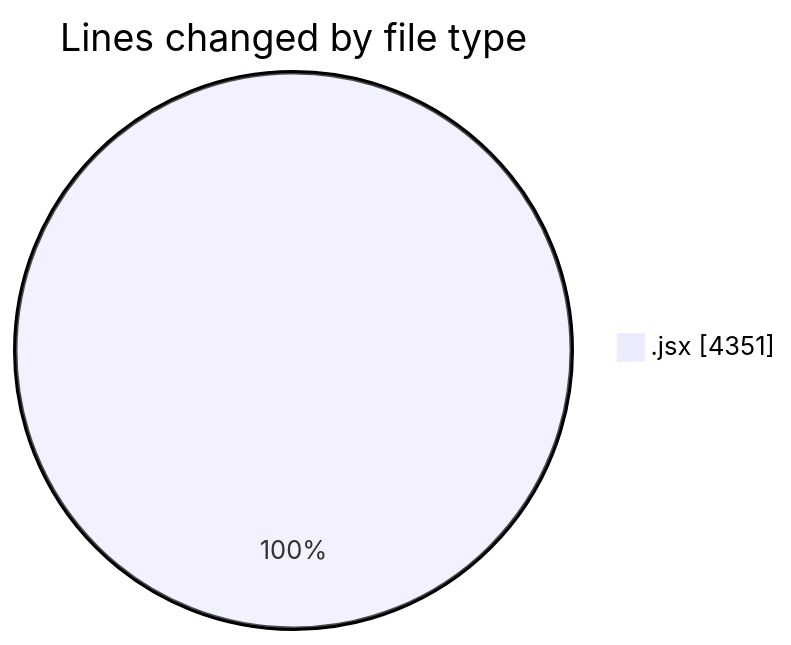
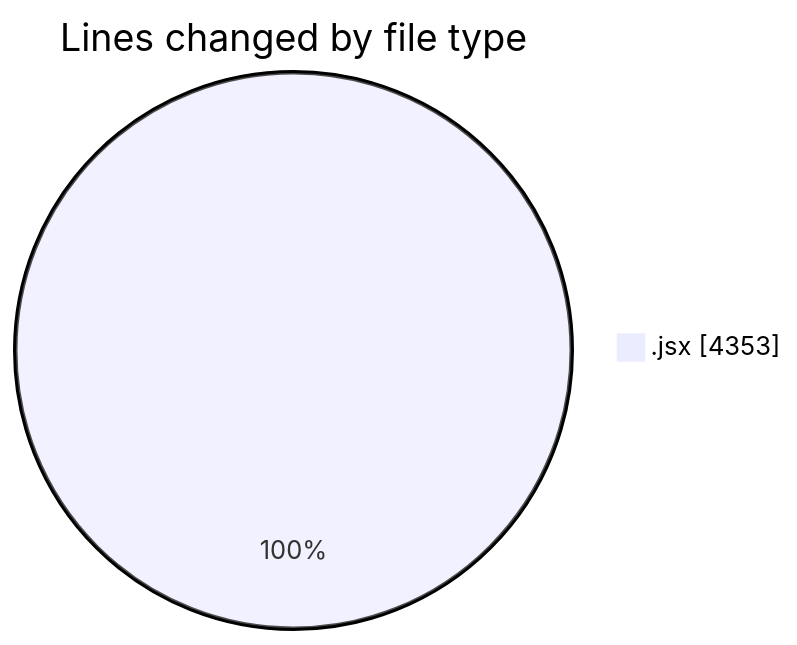
One commit to nxtqubesakshisongat/code-tracking changed the first of 2 diagrams in 2026-01-06/nxtqube_webapp/README.md. Above: the diagram before and after it, drawn with Mermaid. The commit also changed other lines of this file and 1 other file, not shown here.

````diff
--- a/2026-01-06/nxtqube_webapp/README.md
+++ b/2026-01-06/nxtqube_webapp/README.md
@@ -21,5 +21,5 @@
 ```mermaid
 pie showData
 title Lines changed by file type
-".jsx" : 4351
+".jsx" : 4353
 ```
````
